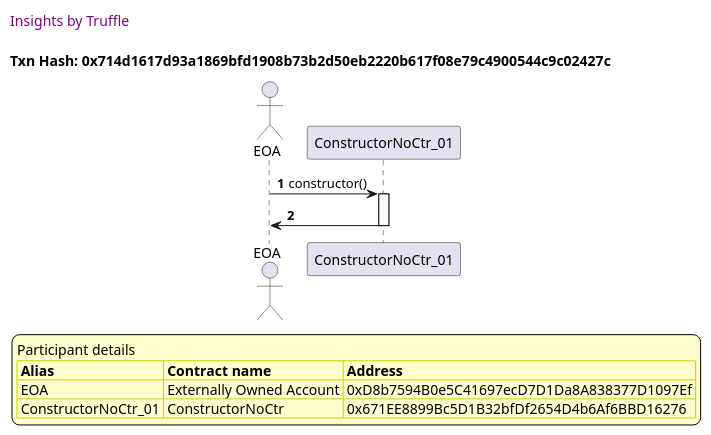
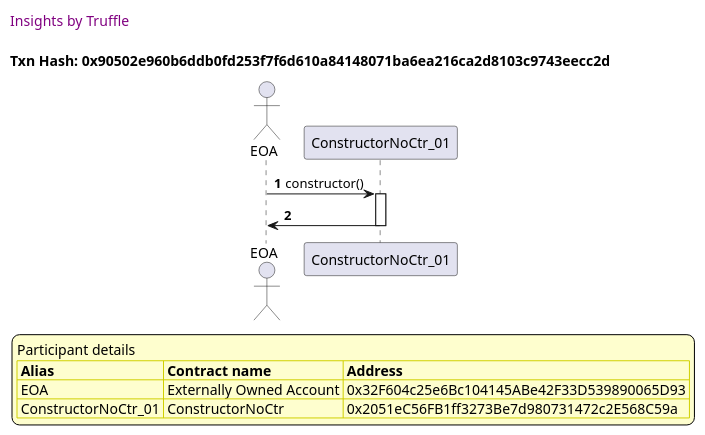
One commit to trufflesuite/txlog-seedlings changed the first of 6 diagrams in truffle-seq/constructor.test.md. Above: the diagram before and after it, drawn with PlantUML. The commit also changed other lines of this file and 8 other files, not shown here.

````diff
--- a/truffle-seq/constructor.test.md
+++ b/truffle-seq/constructor.test.md
@@ -13,37 +13,37 @@
 ```plantuml
 
 
 @startuml
 
 autonumber
 skinparam legendBackgroundColor #FEFECE
 
 <style>
       header {
         HorizontalAlignment left
         FontColor purple
         FontSize 14
         Padding 10
       }
     </style>
 
 header Insights by Truffle
 
-title Txn Hash: 0x714d1617d93a1869bfd1908b73b2d50eb2220b617f08e79c4900544c9c02427c
+title Txn Hash: 0x90502e960b6ddb0fd253f7f6d610a84148071ba6ea216ca2d8103c9743eecc2d
 
 
 actor EOA as "EOA"
 participant ConstructorNoCtr_01 as "ConstructorNoCtr_01"
 
 "EOA" -> "ConstructorNoCtr_01" ++: constructor()
 "ConstructorNoCtr_01" -> "EOA" --: 
 
 legend
 Participant details
 <#FEFECE,#D0D000>|= Alias |= Contract name |= Address |
-<#FEFECE>| EOA | Externally Owned Account | 0xD8b7594B0e5C41697ecD7D1Da8A838377D1097Ef |
-<#FEFECE>| ConstructorNoCtr_01 | ConstructorNoCtr | 0x671EE8899Bc5D1B32bfDf2654D4b6Af6BBD16276 |
+<#FEFECE>| EOA | Externally Owned Account | 0x32F604c25e6Bc104145ABe42F33D539890065D93 |
+<#FEFECE>| ConstructorNoCtr_01 | ConstructorNoCtr | 0x2051eC56FB1ff3273Be7d980731472c2E568C59a |
 endlegend
 
 @enduml
 ```
````
